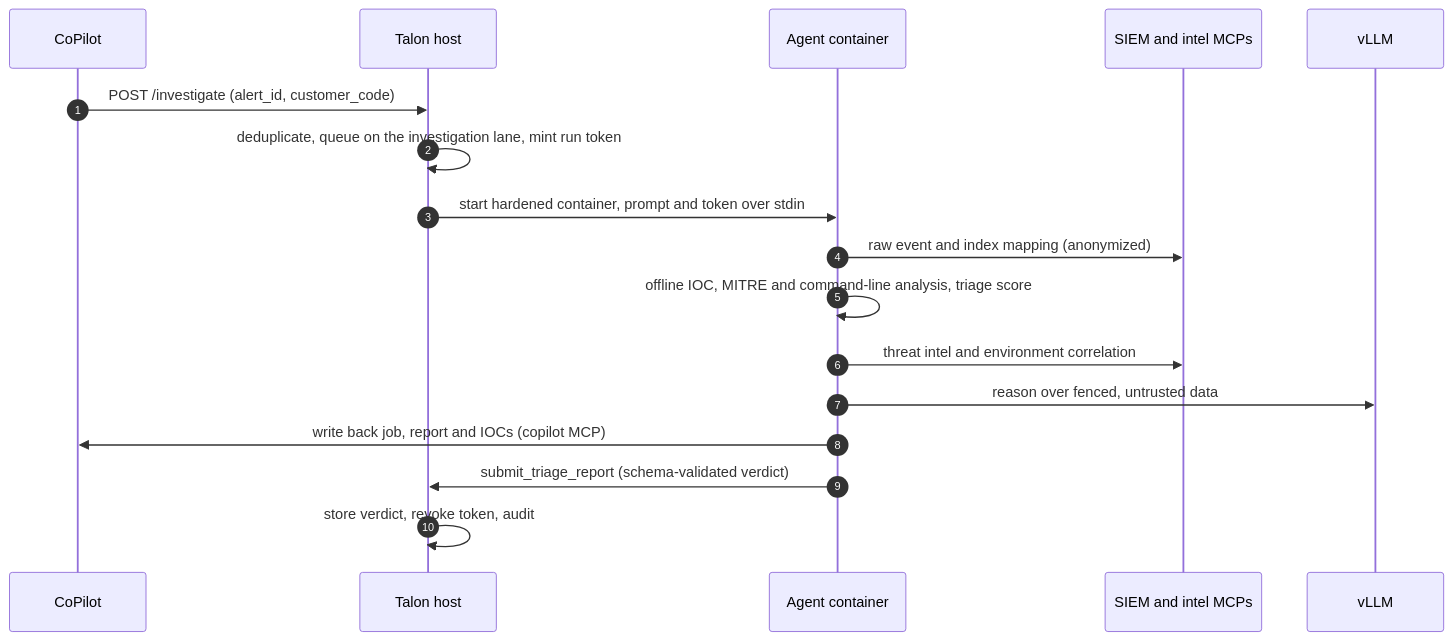
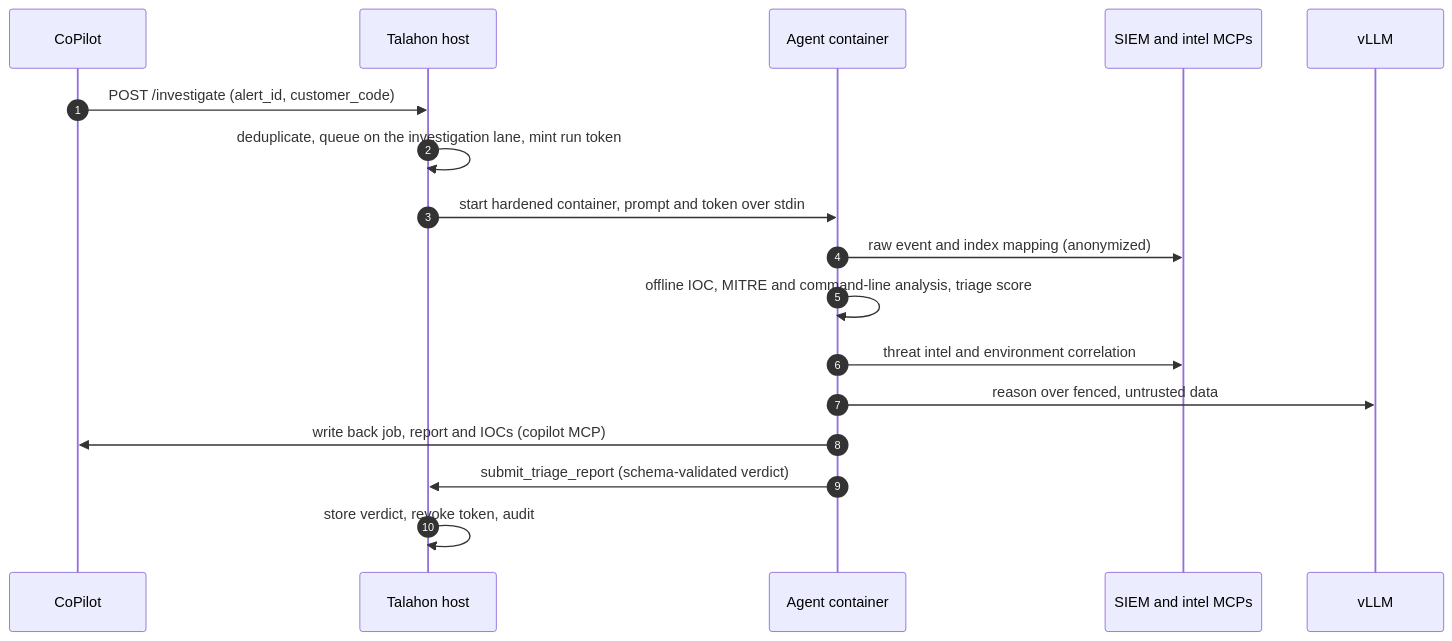
The second of 2 diagrams in README.md (Liohtml/talahon), drawn with Mermaid before and after one commit. The commit also changed other lines of this file and 220 other files, not shown here.

````diff
--- a/README.md
+++ b/README.md
@@ -154,19 +154,19 @@
 ```mermaid
 sequenceDiagram
     autonumber
     participant C as CoPilot
-    participant T as Talon host
+    participant T as Talahon host
     participant A as Agent container
     participant S as SIEM and intel MCPs
     participant L as vLLM
     C->>T: POST /investigate (alert_id, customer_code)
     T->>T: deduplicate, queue on the investigation lane, mint run token
     T->>A: start hardened container, prompt and token over stdin
     A->>S: raw event and index mapping (anonymized)
     A->>A: offline IOC, MITRE and command-line analysis, triage score
     A->>S: threat intel and environment correlation
     A->>L: reason over fenced, untrusted data
     A->>C: write back job, report and IOCs (copilot MCP)
     A->>T: submit_triage_report (schema-validated verdict)
     T->>T: store verdict, revoke token, audit
 ```
````
